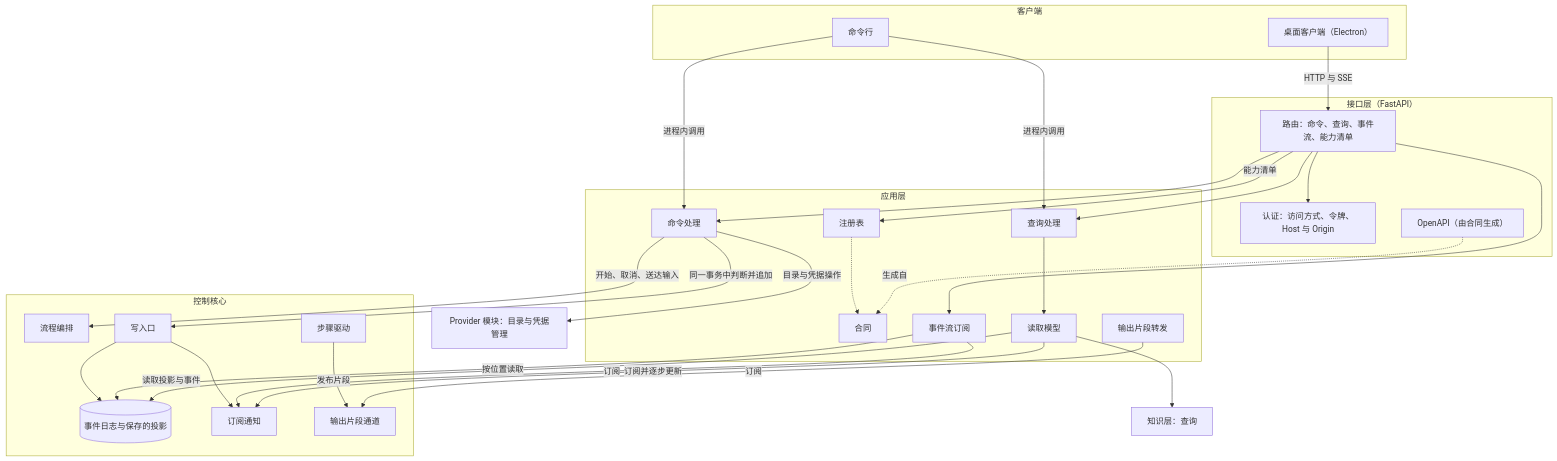
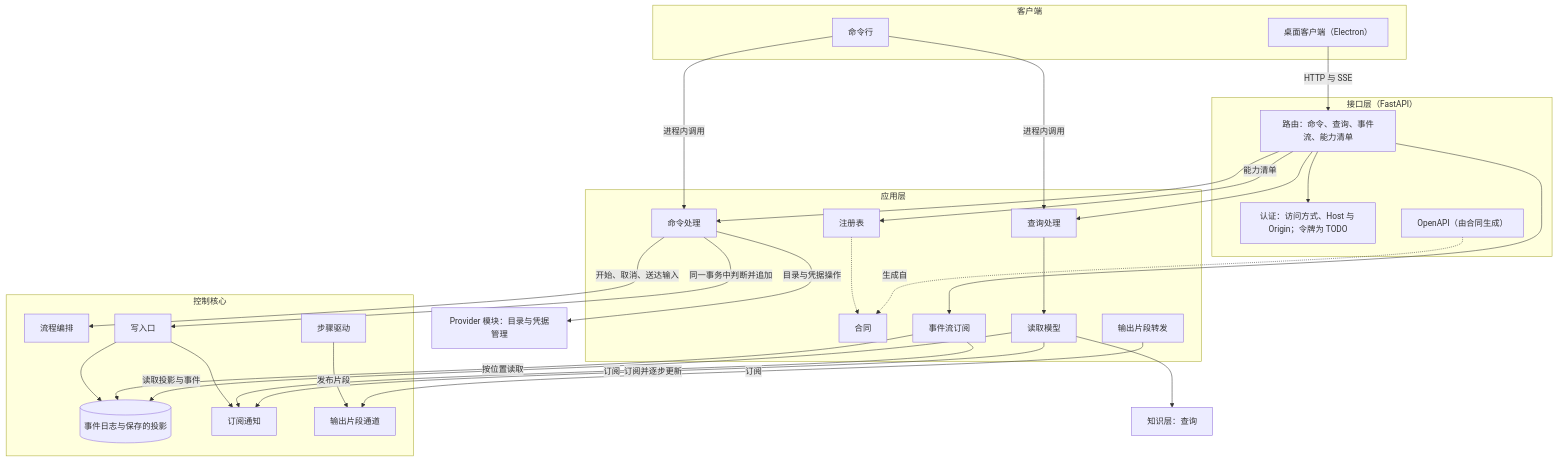
The first of 3 diagrams in docs/design/app-and-interface.md (bender2333/yudao), drawn with Mermaid before and after one commit. The commit also changed other lines of this file and 18 other files, not shown here.

````diff
--- a/docs/design/app-and-interface.md
+++ b/docs/design/app-and-interface.md
@@ -52,54 +52,54 @@
 ```mermaid
 flowchart TB
   subgraph ClientL["客户端"]
     Desk["桌面客户端（Electron）"]
     Cli["命令行"]
   end
   subgraph ApiL["接口层（FastAPI）"]
     Routes["路由：命令、查询、事件流、能力清单"]
-    Auth["认证：访问方式、令牌、Host 与 Origin"]
+    Auth["认证：访问方式、Host 与 Origin；令牌为 TODO"]
     Doc["OpenAPI（由合同生成）"]
   end
   subgraph AppL["应用层"]
     Reg["注册表"]
     Contract["合同"]
     Cmd["命令处理"]
     Qry["查询处理"]
     RM["读取模型"]
     Sub["事件流订阅"]
     Live["输出片段转发"]
   end
   subgraph CoreL["控制核心"]
     Orch["流程编排"]
     Step["步骤驱动"]
     Write["写入口"]
     Log[("事件日志与保存的投影")]
     Notify["订阅通知"]
     Chan["输出片段通道"]
   end
   Know["知识层：查询"]
   ProvM["Provider 模块：目录与凭据管理"]
   Desk -->|"HTTP 与 SSE"| Routes
   Cli -->|"进程内调用"| Cmd
   Cli -->|"进程内调用"| Qry
   Routes --> Auth
   Routes --> Cmd
   Routes --> Qry
   Routes --> Sub
   Routes -->|"能力清单"| Reg
   Doc -.->|"生成自"| Contract
   Reg -.-> Contract
   Cmd -->|"同一事务中判断并追加"| Write
   Cmd -->|"开始、取消、送达输入"| Orch
   Cmd -->|"目录与凭据操作"| ProvM
   Qry --> RM
   RM -->|"读取投影与事件"| Log
   RM -->|"订阅并逐步更新"| Notify
   RM --> Know
   Sub -->|"按位置读取"| Log
   Sub -->|"订阅"| Notify
   Live -->|"订阅"| Chan
   Step -->|"发布片段"| Chan
   Write --> Log
   Write --> Notify
 ```
````
